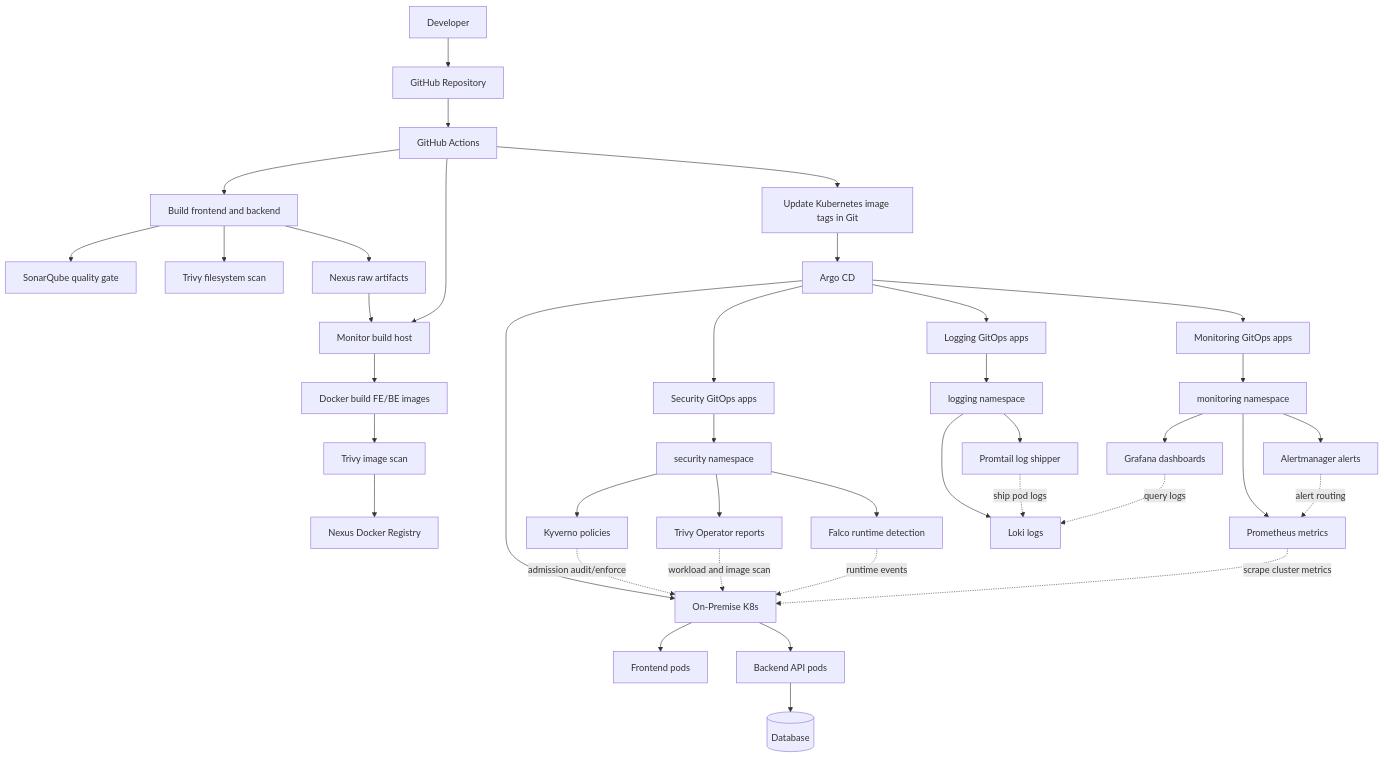
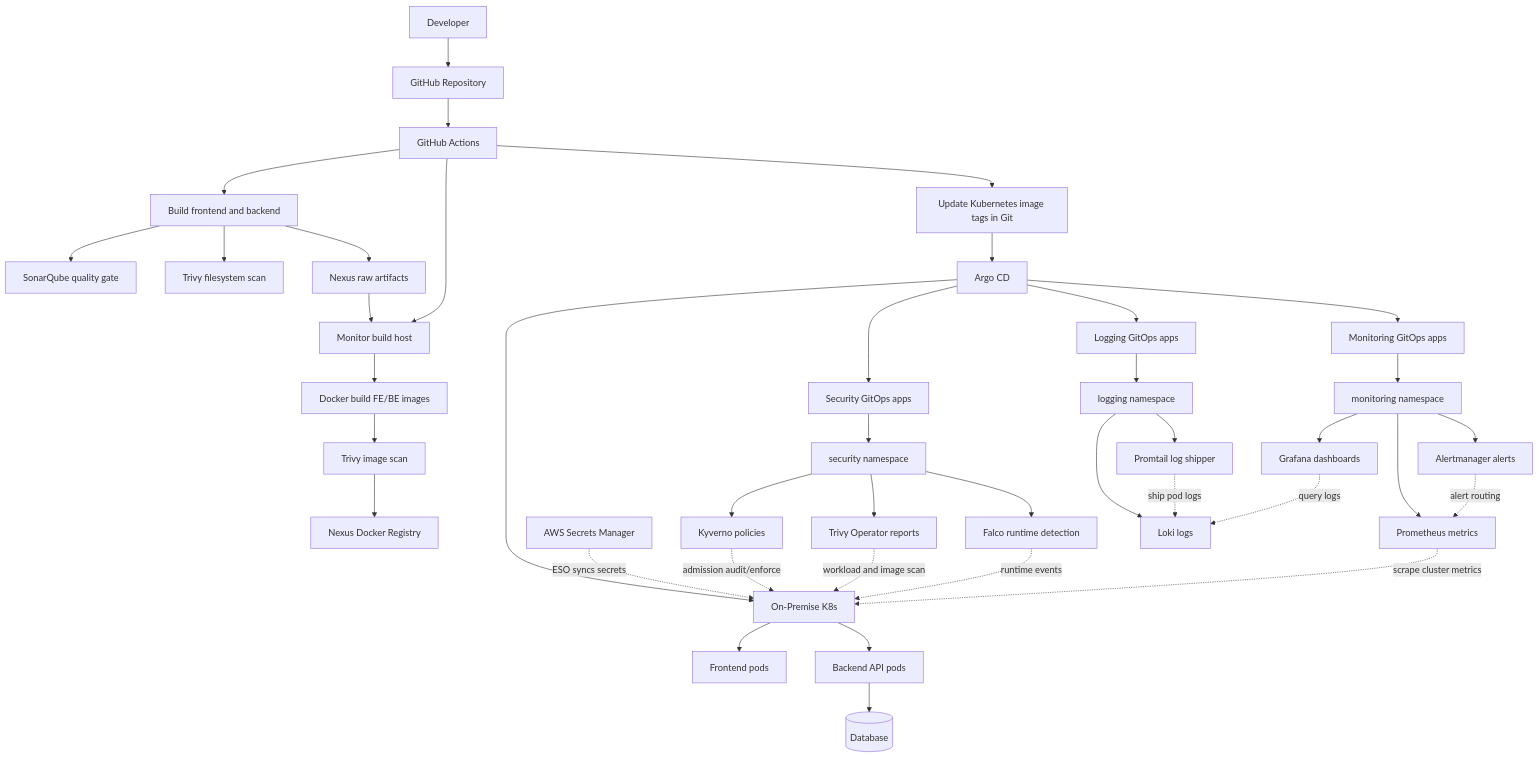
Before and after one commit to Kien-devops/k8s-home: the first of 3 diagrams in README.md, drawn with Mermaid. The commit also changed other lines of this file and 8 other files, not shown here.

Commit message:
feat: implement External Secrets Operator integration for automated secret synchronization from AWS Secrets Manager

````diff
--- a/README.md
+++ b/README.md
@@ -59,49 +59,50 @@
 ```mermaid
 flowchart TB
   dev[Developer] --> git[GitHub Repository]
   git --> gha[GitHub Actions]
 
   gha --> build[Build frontend and backend]
   build --> sonar[SonarQube quality gate]
   build --> trivyfs[Trivy filesystem scan]
   build --> nexus[Nexus raw artifacts]
 
   nexus --> builder[Monitor build host]
   gha --> builder
   builder --> docker[Docker build FE/BE images]
   docker --> trivyimg[Trivy image scan]
   trivyimg --> ecr[Nexus Docker Registry]
 
   gha --> manifest[Update Kubernetes image tags in Git]
   manifest --> argocd[Argo CD]
   argocd --> k8s[On-Premise K8s]
+  aws[AWS Secrets Manager] -. ESO syncs secrets .-> k8s
 
   k8s --> fe[Frontend pods]
   k8s --> be[Backend API pods]
   be --> db[(Database)]
 
   argocd --> secapps[Security GitOps apps]
   secapps --> secns[security namespace]
   secns --> kyverno[Kyverno policies]
   secns --> trivyop[Trivy Operator reports]
   secns --> falco[Falco runtime detection]
 
   kyverno -. admission audit/enforce .-> k8s
   trivyop -. workload and image scan .-> k8s
   falco -. runtime events .-> k8s
 
   argocd --> monapps[Monitoring GitOps apps]
   monapps --> monns[monitoring namespace]
   monns --> prometheus[Prometheus metrics]
   monns --> grafana[Grafana dashboards]
   monns --> alertmanager[Alertmanager alerts]
   argocd --> logapps[Logging GitOps apps]
   logapps --> logns[logging namespace]
   logns --> loki[Loki logs]
   logns --> promtail[Promtail log shipper]
 
   prometheus -. scrape cluster metrics .-> k8s
   promtail -. ship pod logs .-> loki
   grafana -. query logs .-> loki
   alertmanager -. alert routing .-> prometheus
 ```
````
